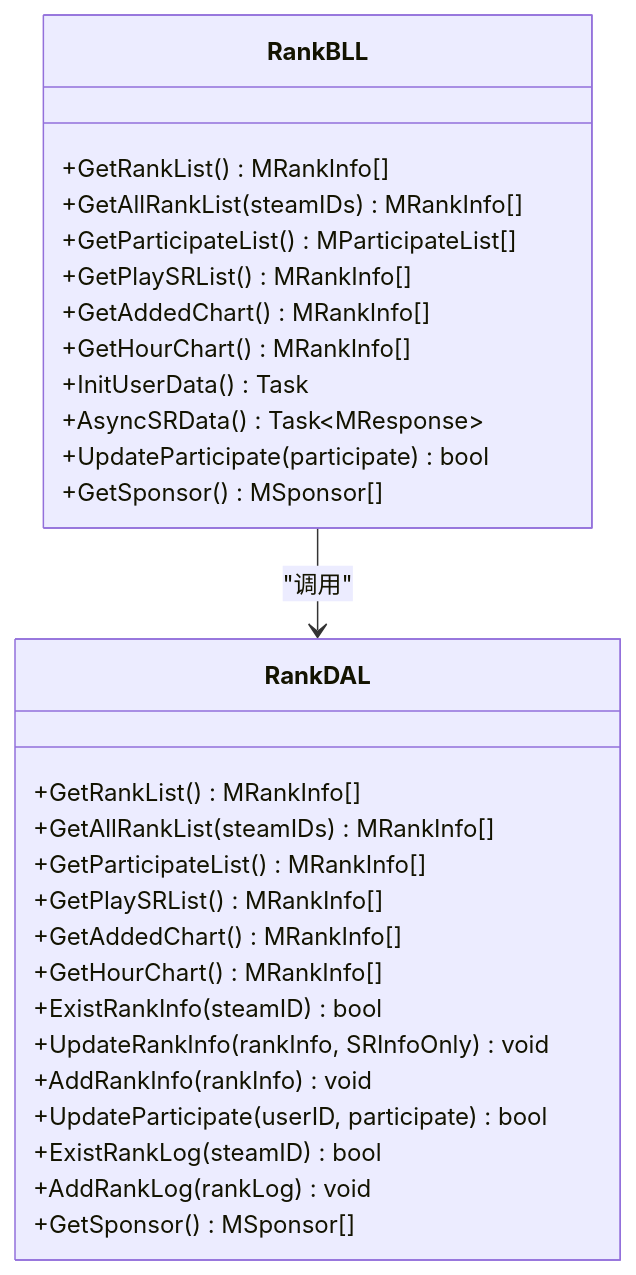
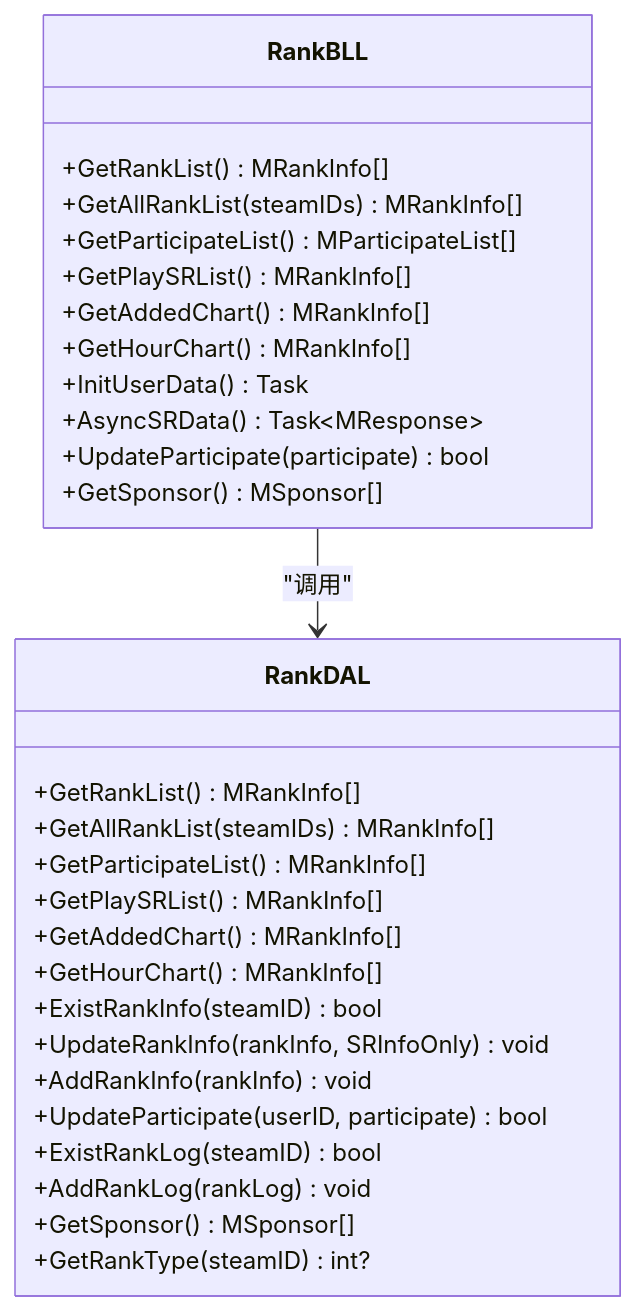
Before and after one commit to TinyMaD/SpeedRunnersLab: the third of 7 diagrams in .qoder/repowiki/zh/content/后端 API 服务/排名统计模块/排名统计模块.md, drawn with Mermaid. The commit also changed other lines of this file and 5 other files, not shown here.

````diff
--- a/.qoder/repowiki/zh/content/后端 API 服务/排名统计模块/排名统计模块.md
+++ b/.qoder/repowiki/zh/content/后端 API 服务/排名统计模块/排名统计模块.md
@@ -154,31 +162,32 @@
 ```mermaid
 classDiagram
 class RankBLL {
 +GetRankList() MRankInfo[]
 +GetAllRankList(steamIDs) MRankInfo[]
 +GetParticipateList() MParticipateList[]
 +GetPlaySRList() MRankInfo[]
 +GetAddedChart() MRankInfo[]
 +GetHourChart() MRankInfo[]
 +InitUserData() Task
 +AsyncSRData() Task~MResponse~
 +UpdateParticipate(participate) bool
 +GetSponsor() MSponsor[]
 }
 class RankDAL {
 +GetRankList() MRankInfo[]
 +GetAllRankList(steamIDs) MRankInfo[]
 +GetParticipateList() MRankInfo[]
 +GetPlaySRList() MRankInfo[]
 +GetAddedChart() MRankInfo[]
 +GetHourChart() MRankInfo[]
 +ExistRankInfo(steamID) bool
 +UpdateRankInfo(rankInfo, SRInfoOnly) void
 +AddRankInfo(rankInfo) void
 +UpdateParticipate(userID, participate) bool
 +ExistRankLog(steamID) bool
 +AddRankLog(rankLog) void
 +GetSponsor() MSponsor[]
++GetRankType(steamID) int?
 }
 RankBLL --> RankDAL : "调用"
 ```
````
